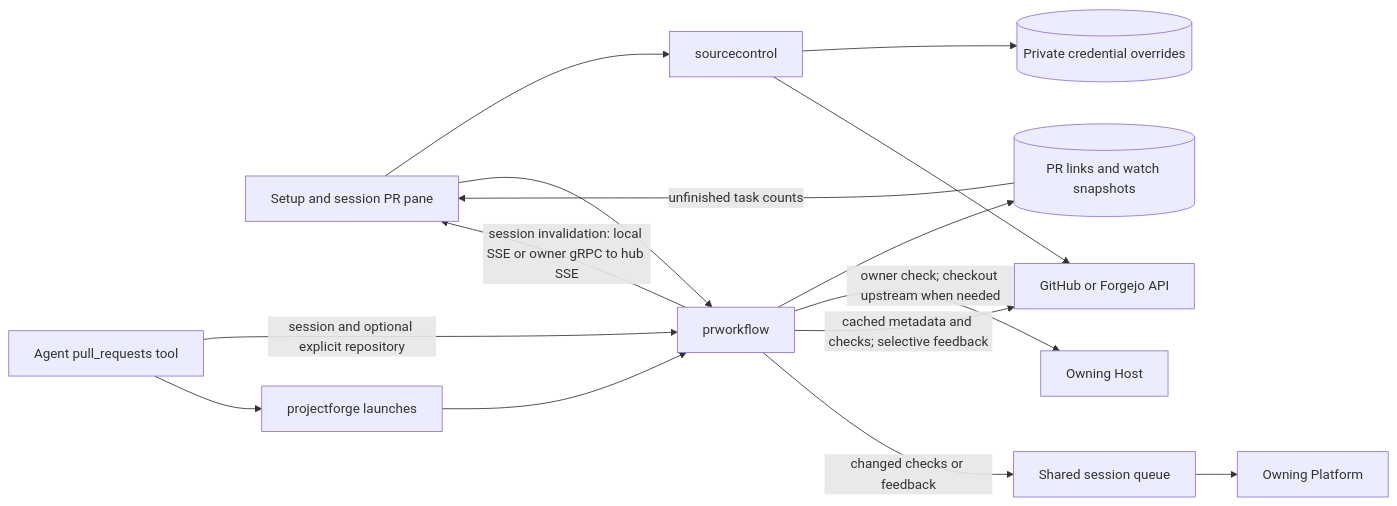
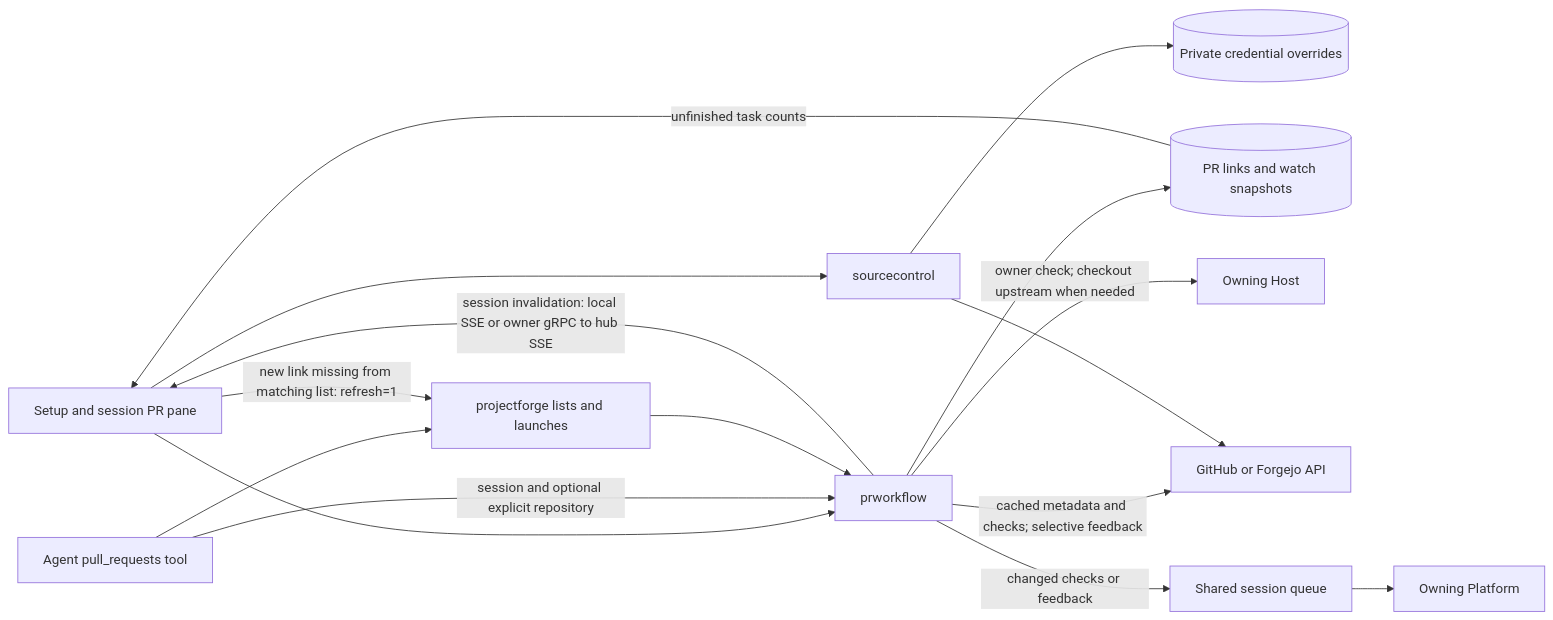
The diagram in docs/features/pull-requests.md (ocman/ocman), drawn with Mermaid before and after one commit. The commit also changed other lines of this file and 5 other files, not shown here.

Commit message:
fix(prs): refresh project lists after linking missing PRs

````diff
--- a/docs/features/pull-requests.md
+++ b/docs/features/pull-requests.md
@@ -130,17 +135,18 @@
 ```mermaid
 flowchart LR
     UI[Setup and session PR pane] --> Setup[sourcecontrol]
     UI --> Workflow[prworkflow]
     MCP[Agent pull_requests tool] -->|session and optional explicit repository| Workflow
     MCP --> Launch
-    Launch[projectforge launches] --> Workflow
+    Launch[projectforge lists and launches] --> Workflow
+    UI -->|new link missing from matching list: refresh=1| Launch
     Setup --> Credentials[(Private credential overrides)]
     Workflow --> Links[(PR links and watch snapshots)]
     Links -->|unfinished task counts| UI
     Workflow -->|session invalidation: local SSE or owner gRPC to hub SSE| UI
     Workflow -->|owner check; checkout upstream when needed| Host[Owning Host]
     Workflow -->|cached metadata and checks; selective feedback| Forge[GitHub or Forgejo API]
     Setup --> Forge
     Workflow -->|changed checks or feedback| Queue[Shared session queue]
     Queue --> Platform[Owning Platform]
 ```
````
